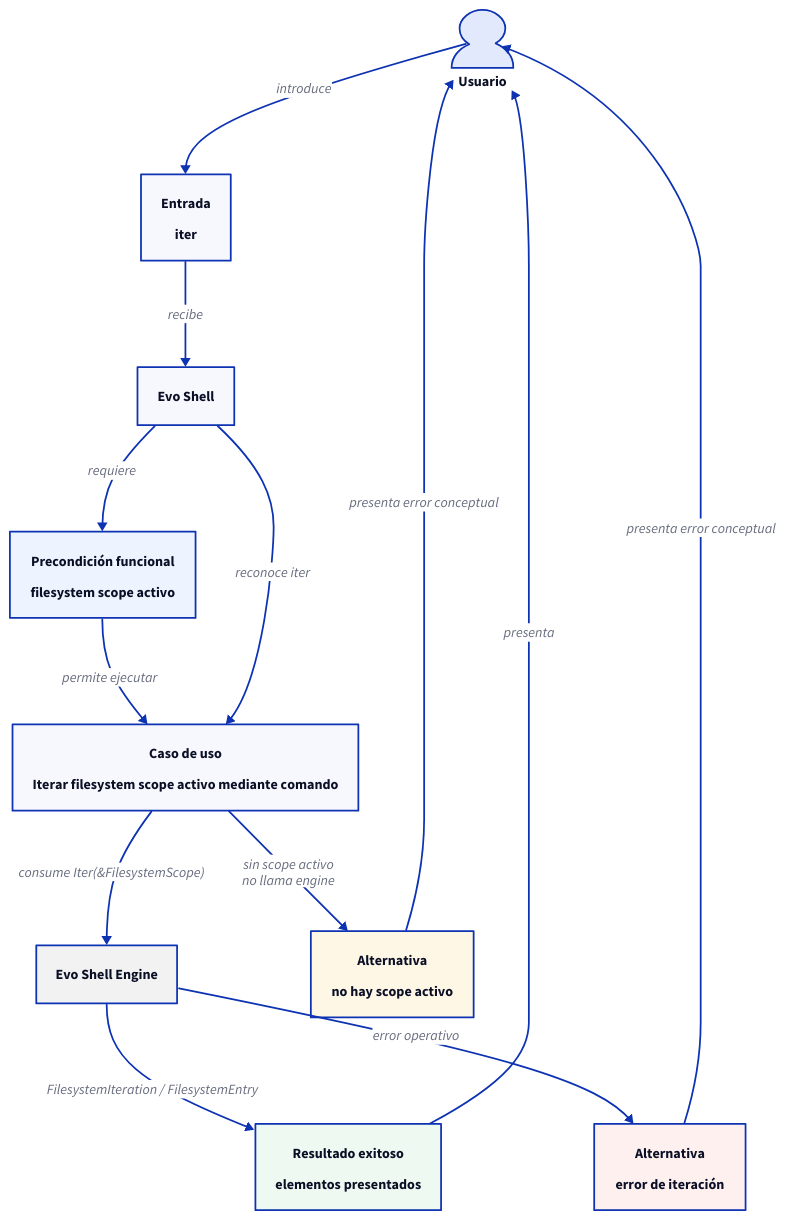
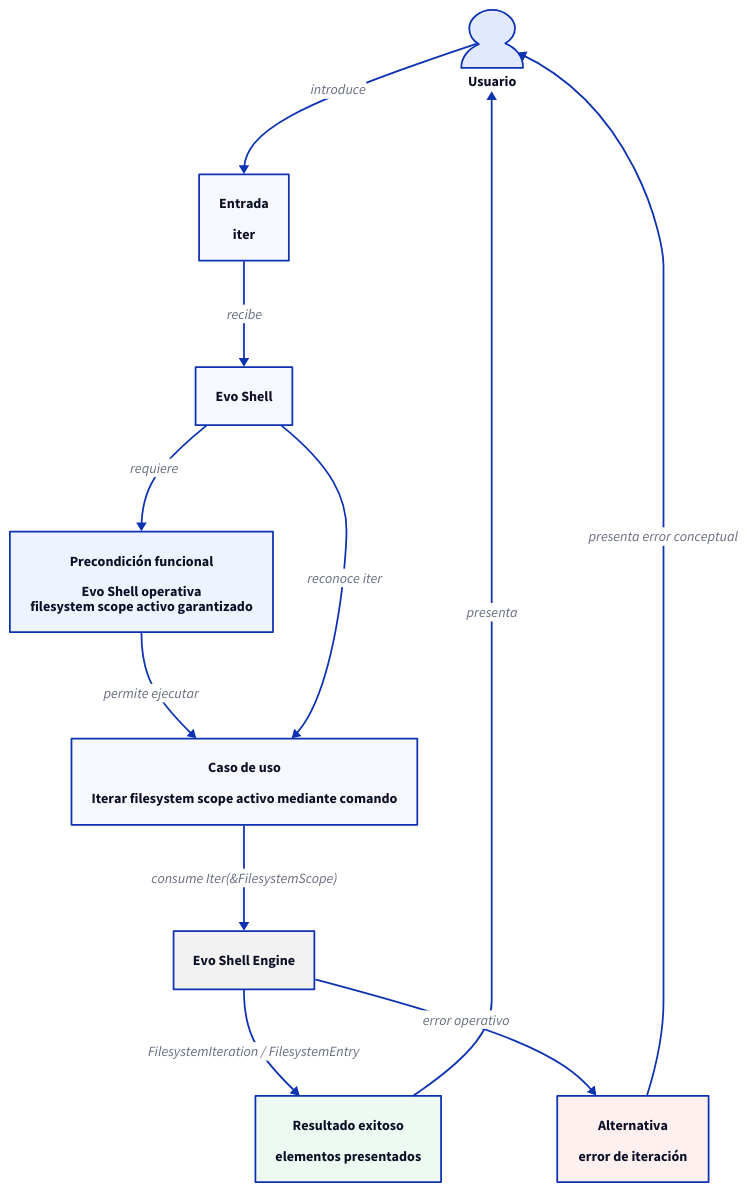
One commit to niqel/evolution changed the diagram in evo-shell/technical_documentation/use_cases/UC-002-iterate-filesystem-scope-command/use-case.d2. Above: the diagram before and after it, drawn with D2. The commit also changed 13 other files, not shown here.

```diff
--- a/evo-shell/technical_documentation/use_cases/UC-002-iterate-filesystem-scope-command/use-case.d2
+++ b/evo-shell/technical_documentation/use_cases/UC-002-iterate-filesystem-scope-command/use-case.d2
@@ -1,55 +1,48 @@
 direction: down
 
 usuario: "Usuario" {
   shape: person
 }
 
 system: "Evo Shell" {
   shape: rectangle
 }
 
 engine: "Evo Shell Engine" {
   shape: rectangle
   style.fill: "#f2f2f2"
 }
 
 input: "Entrada\n\niter" {
   shape: rectangle
 }
 
-precondition: "Precondición funcional\n\nfilesystem scope activo" {
+precondition: "Precondición funcional\n\nEvo Shell operativa\nfilesystem scope activo garantizado" {
   shape: rectangle
   style.fill: "#edf4ff"
 }
 
 use_case: "Caso de uso\n\nIterar filesystem scope activo mediante comando" {
   shape: rectangle
 }
 
 success: "Resultado exitoso\n\nelementos presentados" {
   shape: rectangle
   style.fill: "#eefaf1"
-}
-
-no_scope: "Alternativa\n\nno hay scope activo" {
-  shape: rectangle
-  style.fill: "#fff7e6"
 }
 
 iteration_error: "Alternativa\n\nerror de iteración" {
   shape: rectangle
   style.fill: "#fff0f0"
 }
 
 usuario -> input: "introduce"
 input -> system: "recibe"
 system -> precondition: "requiere"
 precondition -> use_case: "permite ejecutar"
 system -> use_case: "reconoce iter"
 use_case -> engine: "consume Iter(&FilesystemScope)"
 engine -> success: "FilesystemIteration / FilesystemEntry"
-use_case -> no_scope: "sin scope activo\nno llama engine"
 engine -> iteration_error: "error operativo"
 success -> usuario: "presenta"
-no_scope -> usuario: "presenta error conceptual"
 iteration_error -> usuario: "presenta error conceptual"
```
